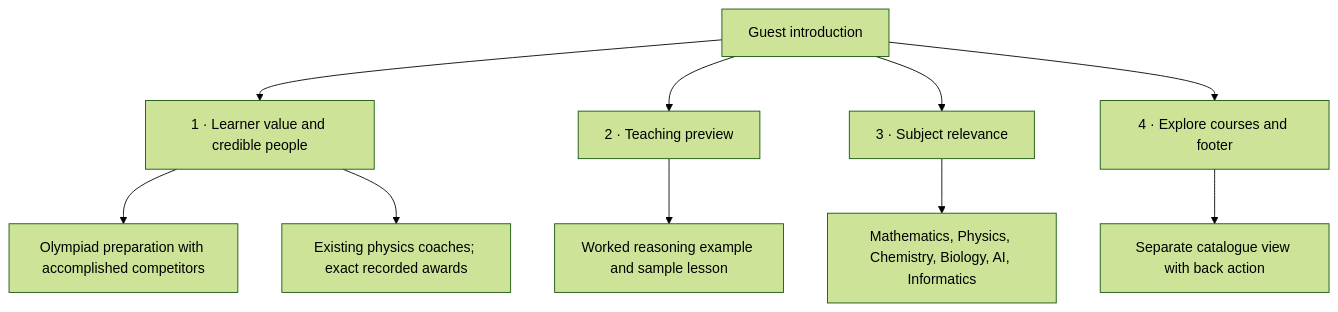
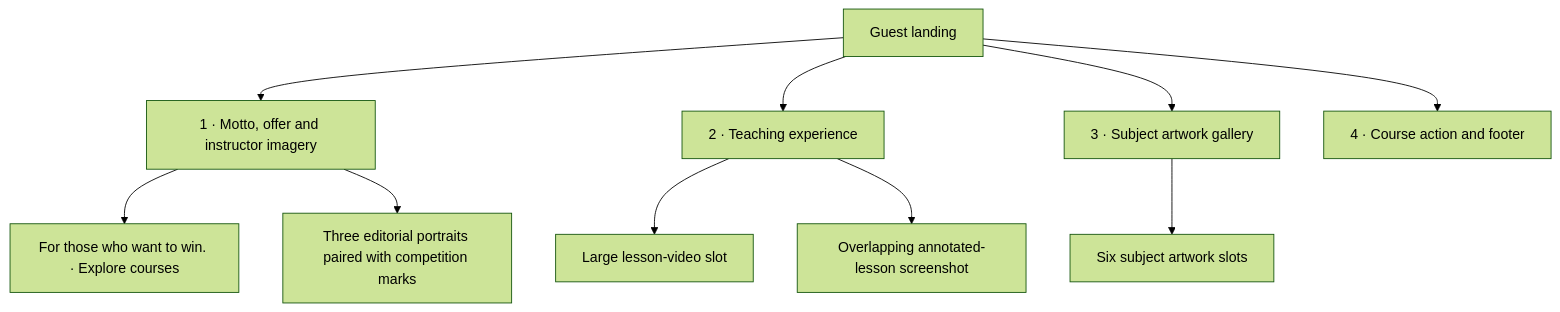
Before and after one commit to Physcratic/physcratic: the second of 11 diagrams in docs/engineering/TEST_PAGE_HIERARCHIES.md, drawn with Mermaid (forest theme). The commit also changed other lines of this file and 5 other files, not shown here.

Commit message:
feat: create editorial portrait and teaching-media guest landing

````diff
--- a/docs/engineering/TEST_PAGE_HIERARCHIES.md
+++ b/docs/engineering/TEST_PAGE_HIERARCHIES.md
@@ -57,17 +60,17 @@
 ```mermaid
 flowchart TD
-  page["Guest introduction"]
-  hero["1 · Learner value and credible people"]
-  teaching["2 · Teaching preview"]
-  subjects["3 · Subject relevance"]
-  action["4 · Explore courses and footer"]
+  page["Guest landing"]
+  hero["1 · Motto, offer and instructor imagery"]
+  teaching["2 · Teaching experience"]
+  subjects["3 · Subject artwork gallery"]
+  ending["4 · Course action and footer"]
   page --> hero
   page --> teaching
   page --> subjects
-  page --> action
-  hero --> message["Olympiad preparation with accomplished competitors"]
-  hero --> people["Existing physics coaches; exact recorded awards"]
-  teaching --> example["Worked reasoning example and sample lesson"]
-  subjects --> fields["Mathematics, Physics, Chemistry, Biology, AI, Informatics"]
-  action --> catalogue["Separate catalogue view with back action"]
+  page --> ending
+  hero --> message["For those who want to win. · Explore courses"]
+  hero --> portraits["Three editorial portraits paired with competition marks"]
+  teaching --> video["Large lesson-video slot"]
+  teaching --> screenshot["Overlapping annotated-lesson screenshot"]
+  subjects --> covers["Six subject artwork slots"]
 ```
````
